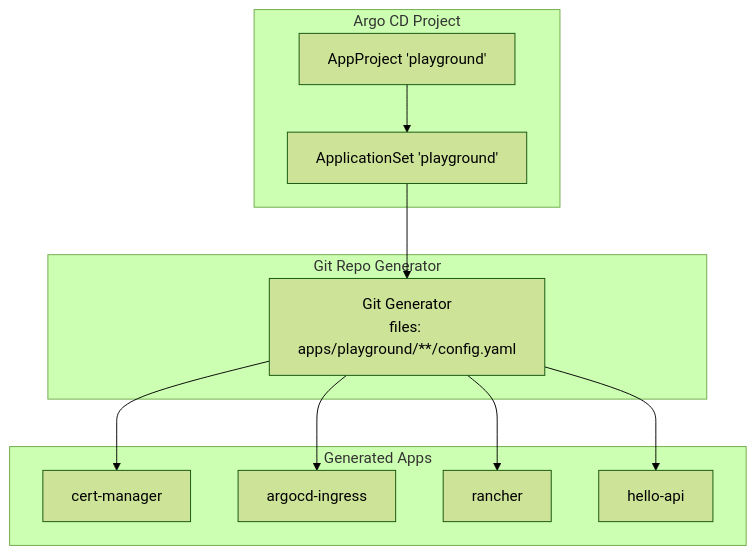
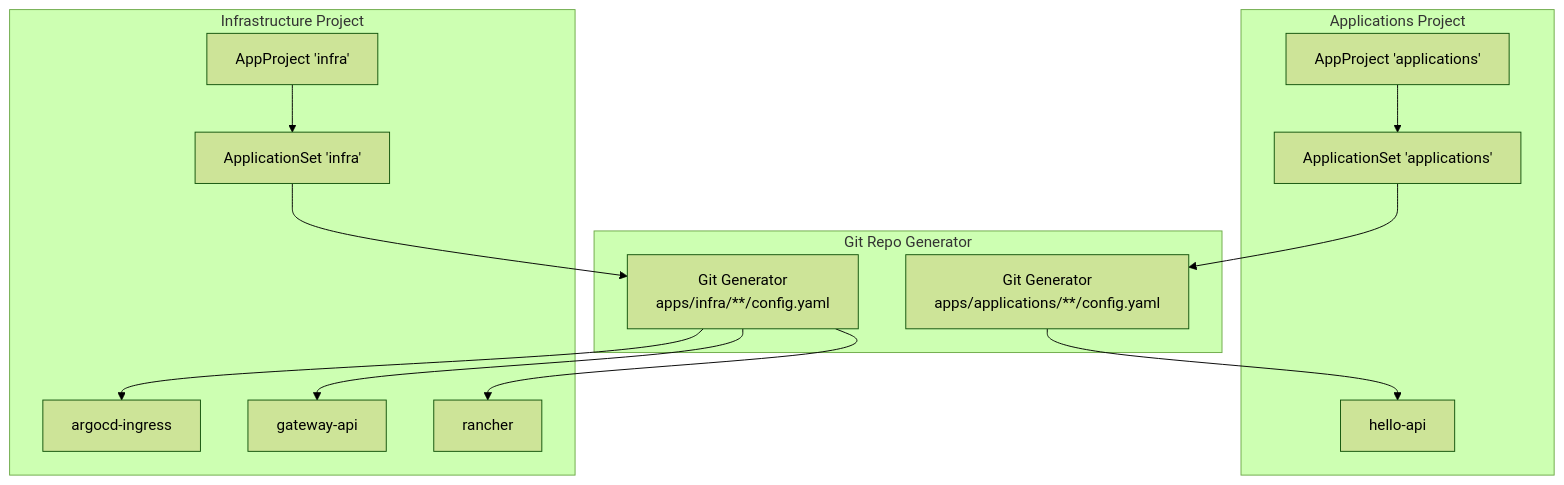
One commit to Hoangvu75/k8s_manifest changed the first of 7 diagrams in .qoder/repowiki/en/content/Project Management/Playground Projects.md. Above: the diagram before and after it, drawn with Mermaid (forest theme). The commit also changed other lines of this file and 24 other files, not shown here.

````diff
--- a/.qoder/repowiki/en/content/Project Management/Playground Projects.md
+++ b/.qoder/repowiki/en/content/Project Management/Playground Projects.md
@@ -39,22 +49,27 @@
 ```mermaid
 graph TB
-subgraph "Argo CD Project"
-P["AppProject 'playground'"]
-AS["ApplicationSet 'playground'"]
+subgraph "Applications Project"
+AP["AppProject 'applications'"]
+AS["ApplicationSet 'applications'"]
+HA["hello-api"]
+end
+subgraph "Infrastructure Project"
+IP["AppProject 'infra'"]
+IS["ApplicationSet 'infra'"]
+AI["argocd-ingress"]
+GA["gateway-api"]
+R["rancher"]
 end
 subgraph "Git Repo Generator"
-G["Git Generator<br/>files: apps/playground/**/config.yaml"]
+G["Git Generator<br/>apps/applications/**/config.yaml"]
+IG["Git Generator<br/>apps/infra/**/config.yaml"]
 end
-subgraph "Generated Apps"
-CM["cert-manager"]
-AI["argocd-ingress"]
-R["rancher"]
-HA["hello-api"]
-end
-P --> AS
+AP --> AS
+IP --> IS
 AS --> G
-G --> CM
-G --> AI
-G --> R
+IS --> IG
 G --> HA
+IG --> AI
+IG --> GA
+IG --> R
 ```
````
